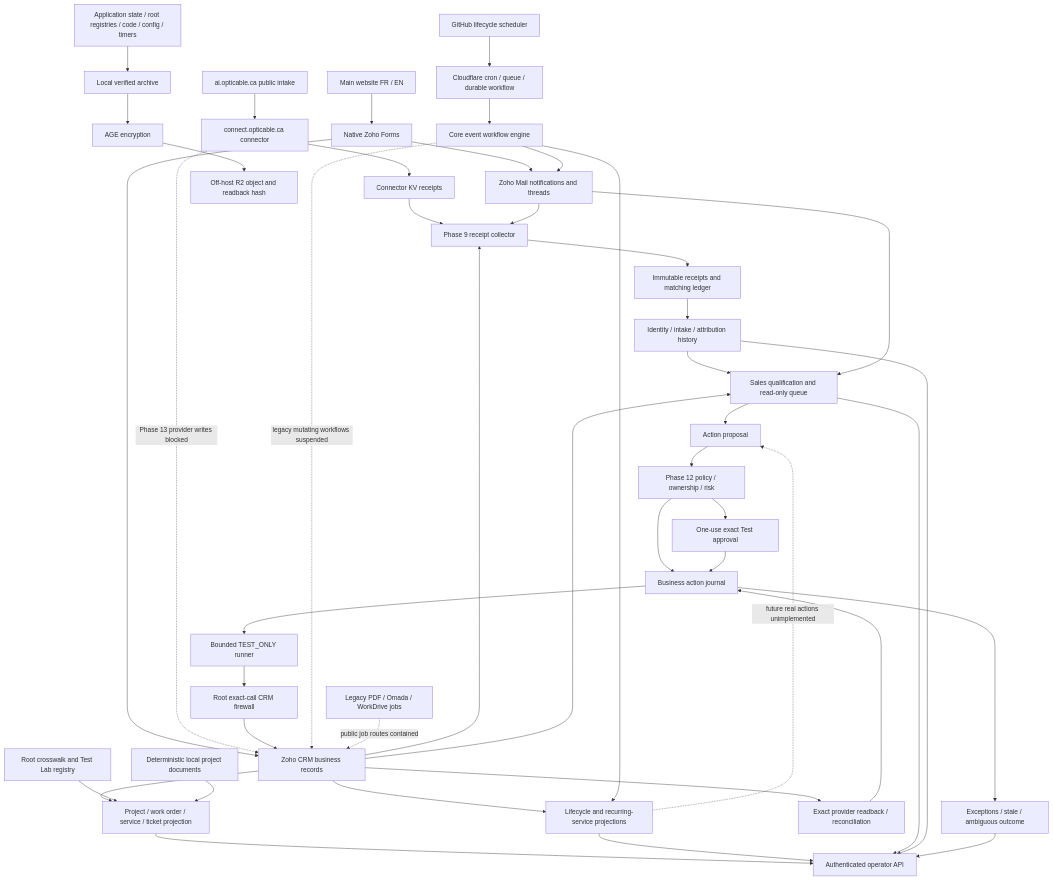
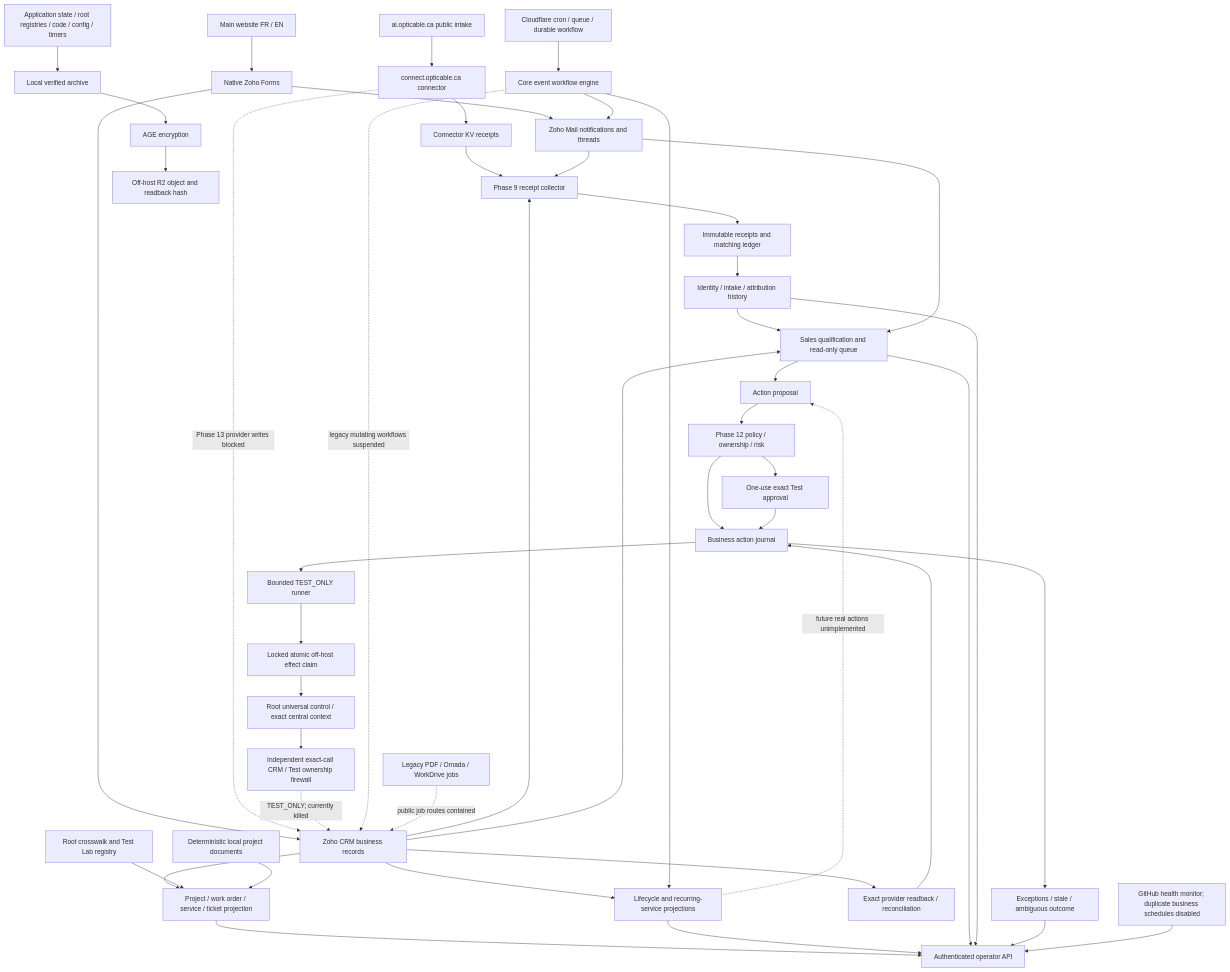
Before and after one commit to yboucher97/opticable-api-platform: the diagram in docs/OPTIBRAIN_ARCHITECTURE_BLUEPRINT.md, drawn with Mermaid. The commit also changed other lines of this file and 19 other files, not shown here.

````diff
--- a/docs/OPTIBRAIN_ARCHITECTURE_BLUEPRINT.md
+++ b/docs/OPTIBRAIN_ARCHITECTURE_BLUEPRINT.md
@@ -17,47 +17,49 @@
 ```mermaid
 flowchart TD
   AI[ai.opticable.ca public intake] --> EDGE[connect.opticable.ca connector]
   WEB[Main website FR / EN] --> FORMS[Native Zoho Forms]
   FORMS --> CRM[Zoho CRM business records]
   FORMS --> MAIL[Zoho Mail notifications and threads]
   EDGE --> KV[Connector KV receipts]
   EDGE -. Phase 13 provider writes blocked .-> CRM
   KV --> RECEIPTS[Phase 9 receipt collector]
   MAIL --> RECEIPTS
   CRM --> RECEIPTS
   RECEIPTS --> RDB[Immutable receipts and matching ledger]
   RDB --> ID[Identity / intake / attribution history]
   ID --> SALES[Sales qualification and read-only queue]
   CRM --> SALES
   MAIL --> SALES
   CRM --> LIFE[Lifecycle and recurring-service projections]
   CRM --> OPS[Project / work order / service / ticket projection]
   CROSS[Root crosswalk and Test Lab registry] --> OPS
   DOCS[Deterministic local project documents] --> OPS
   SALES --> PROP[Action proposal]
   LIFE -. future real actions unimplemented .-> PROP
   PROP --> POLICY[Phase 12 policy / ownership / risk]
   POLICY --> APPROVAL[One-use exact Test approval]
   POLICY --> JOURNAL[Business action journal]
   APPROVAL --> JOURNAL
   JOURNAL --> RUNNER[Bounded TEST_ONLY runner]
-  RUNNER --> FENCE[Root exact-call CRM firewall]
-  FENCE --> CRM
+  RUNNER --> CLAIM[Locked atomic off-host effect claim]
+  CLAIM --> GATE[Root universal control / exact central context]
+  GATE --> FENCE[Independent exact-call CRM / Test ownership firewall]
+  FENCE -. TEST_ONLY; currently killed .-> CRM
   CRM --> RECON[Exact provider readback / reconciliation]
   RECON --> JOURNAL
   JOURNAL --> EXC[Exceptions / stale / ambiguous outcome]
   OPS --> OP[Authenticated operator API]
   LIFE --> OP
   SALES --> OP
   ID --> OP
   EXC --> OP
   CF[Cloudflare cron / queue / durable workflow] --> ENGINE[Core event workflow engine]
-  GH[GitHub lifecycle scheduler] --> CF
+  GH[GitHub health monitor; duplicate business schedules disabled] --> OP
   ENGINE --> MAIL
   ENGINE --> LIFE
   ENGINE -. legacy mutating workflows suspended .-> CRM
   LEGACY[Legacy PDF / Omada / WorkDrive jobs] -. public job routes contained .-> CRM
   LOCAL[Application state / root registries / code / config / timers] --> BACKUP[Local verified archive]
   BACKUP --> AGE[AGE encryption]
   AGE --> R2[Off-host R2 object and readback hash]
 ```
````
